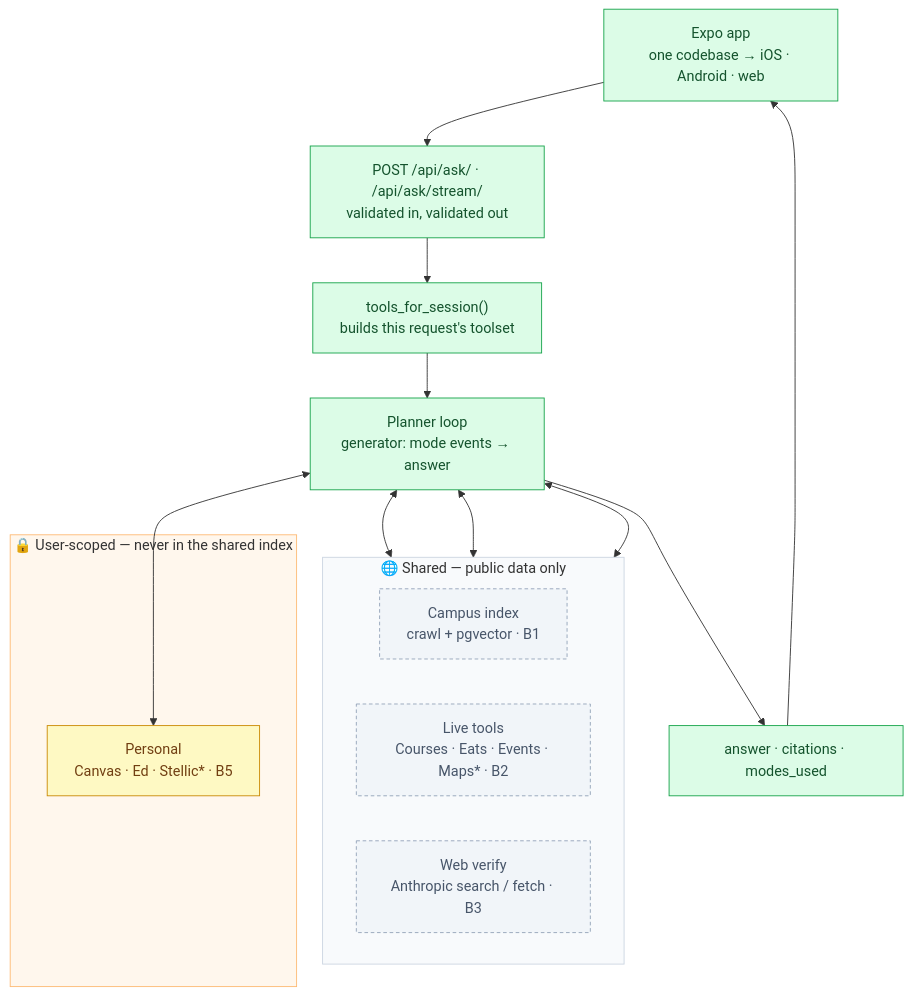
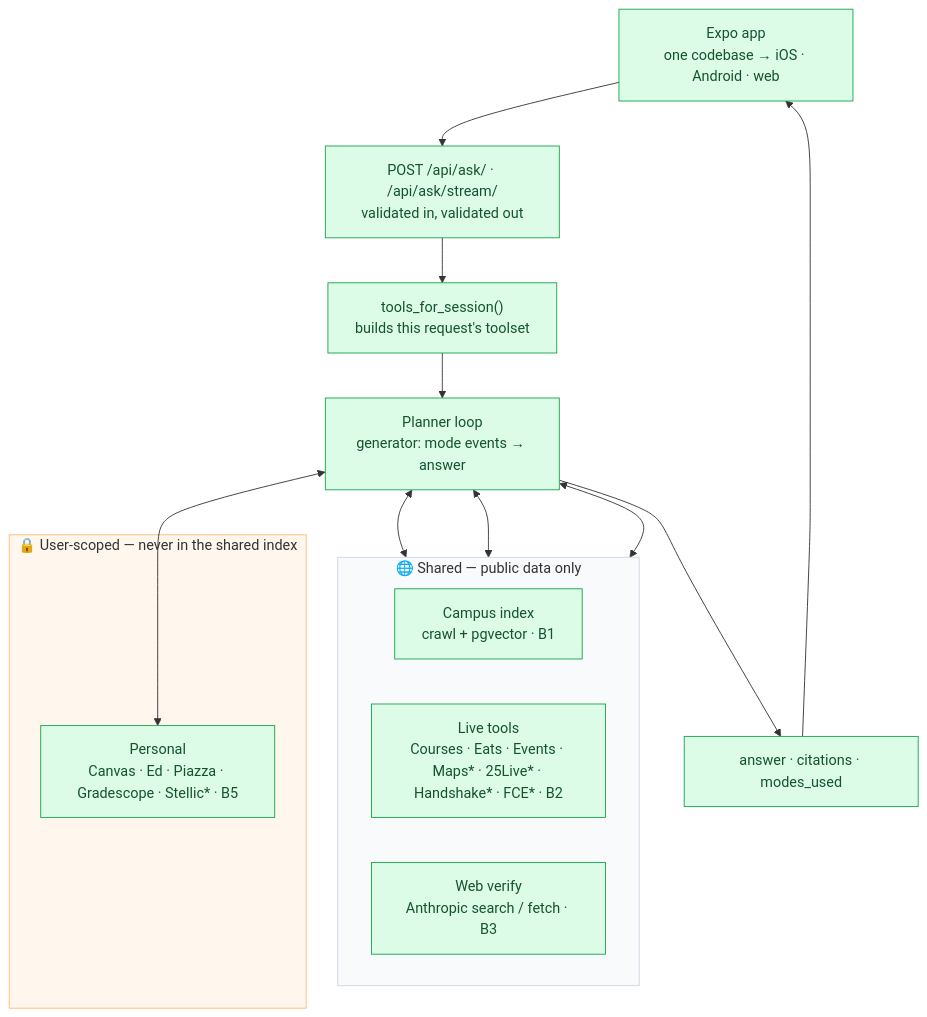
One commit to yeekitc/askscotty changed the diagram in docs/architecture.md. Above: the diagram before and after it, drawn with Mermaid. The commit also changed other lines of this file and 3 other files, not shown here.

````diff
--- a/docs/architecture.md
+++ b/docs/architecture.md
@@ -3,33 +5,31 @@
 ```mermaid
 flowchart TB
     App["Expo app<br/>one codebase → iOS · Android · web"]:::done
     Ask["POST /api/ask/ · /api/ask/stream/<br/>validated in, validated out"]:::done
     Gate["tools_for_session()<br/>builds this request's toolset"]:::done
     Planner["Planner loop<br/>generator: mode events → answer"]:::done
 
     subgraph shared ["🌐 Shared — public data only"]
         direction LR
-        RAG["Campus index<br/>crawl + pgvector · B1"]:::todo
-        Live["Live tools<br/>Courses · Eats · Events · Maps* · B2"]:::todo
-        Web["Web verify<br/>Anthropic search / fetch · B3"]:::todo
+        RAG["Campus index<br/>crawl + pgvector · B1"]:::done
+        Live["Live tools<br/>Courses · Eats · Events · Maps* · 25Live* · Handshake* · FCE* · B2"]:::done
+        Web["Web verify<br/>Anthropic search / fetch · B3"]:::done
     end
 
     subgraph scoped ["🔒 User-scoped — never in the shared index"]
-        Personal["Personal<br/>Canvas · Ed · Stellic* · B5"]:::part
+        Personal["Personal<br/>Canvas · Ed · Piazza · Gradescope · Stellic* · B5"]:::done
     end
 
     Out["answer · citations · modes_used"]:::done
 
     App --> Ask --> Gate --> Planner
     Planner <--> RAG
     Planner <--> Live
     Planner <--> Web
     Planner <--> Personal
     Planner --> Out --> App
 
     classDef done fill:#dcfce7,stroke:#16a34a,color:#14532d
-    classDef part fill:#fef9c3,stroke:#ca8a04,color:#713f12
-    classDef todo fill:#f1f5f9,stroke:#94a3b8,color:#475569,stroke-dasharray:4 3
     style shared fill:#f8fafc,stroke:#cbd5e1
     style scoped fill:#fff7ed,stroke:#fdba74
 ```
````
